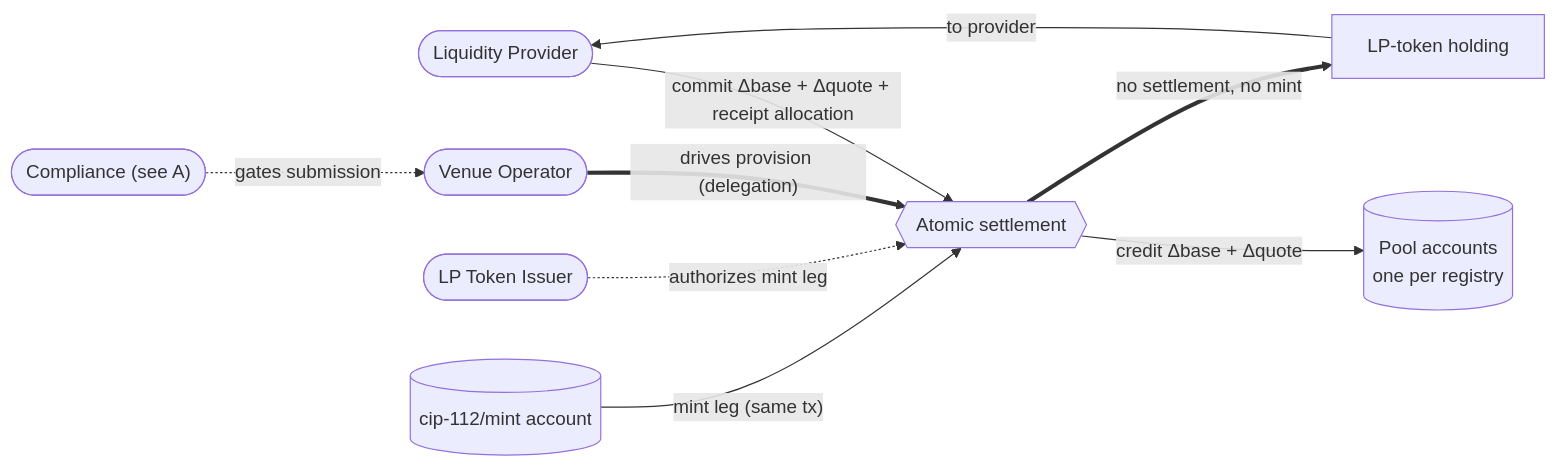
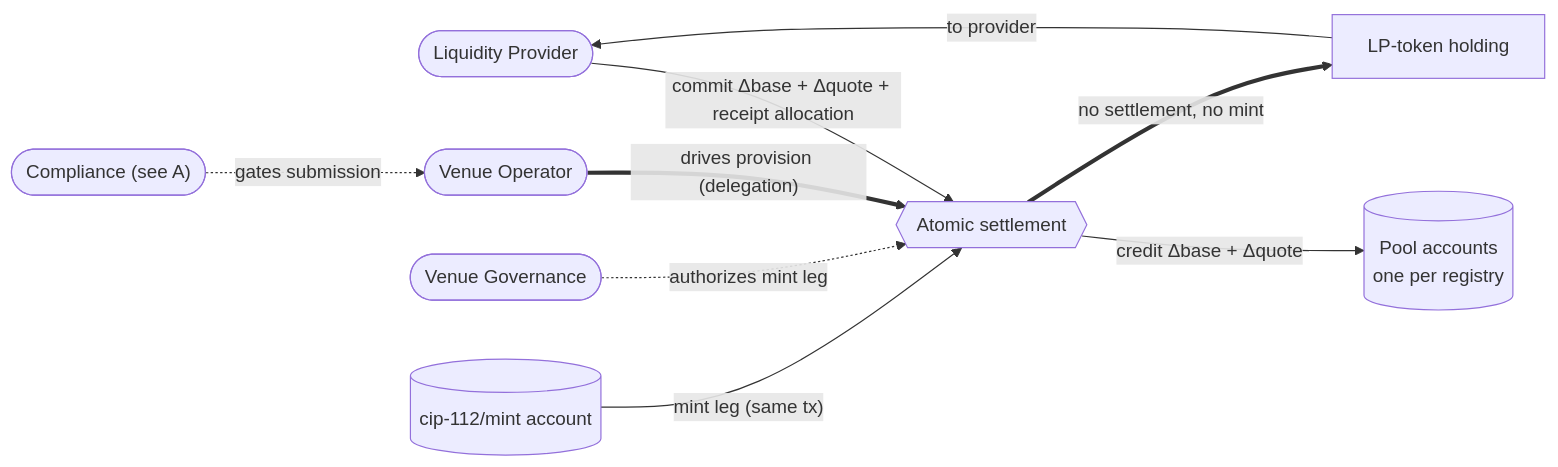
Before and after one commit to OpenZeppelin/canton-specs: the third of 4 diagrams in docs/reference-architectures/dex.md, drawn with Mermaid. The commit also changed other lines of this file, not shown here.

````diff
--- a/docs/reference-architectures/dex.md
+++ b/docs/reference-architectures/dex.md
@@ -359,20 +370,20 @@
 ```mermaid
 flowchart LR
     LP([Liquidity Provider])
     Compliance(["Compliance (see A)"])
     Operator([Venue Operator])
-    LPIssuer([LP Token Issuer])
+    Governance([Venue Governance])
     Settle{{Atomic settlement}}
     PoolAcct[("Pool accounts<br/>one per registry")]
     Mint[("cip-112/mint account")]
     LPtok["LP-token holding"]
 
     Compliance -.->|"gates submission"| Operator
     Operator ==>|"drives provision (delegation)"| Settle
     LP -->|"commit Δbase + Δquote + receipt allocation"| Settle
-    LPIssuer -.->|"authorizes mint leg"| Settle
+    Governance -.->|"authorizes mint leg"| Settle
     Mint -->|"mint leg (same tx)"| Settle
     Settle -->|"credit Δbase + Δquote"| PoolAcct
     Settle ==>|"no settlement, no mint"| LPtok
     LPtok -->|"to provider"| LP
 ```
````
